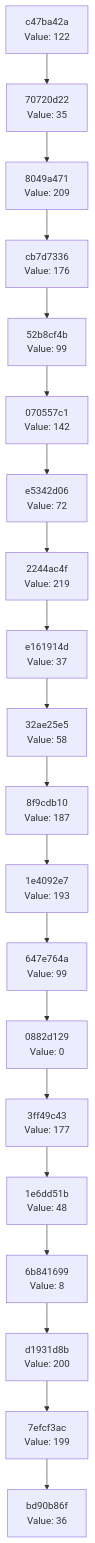
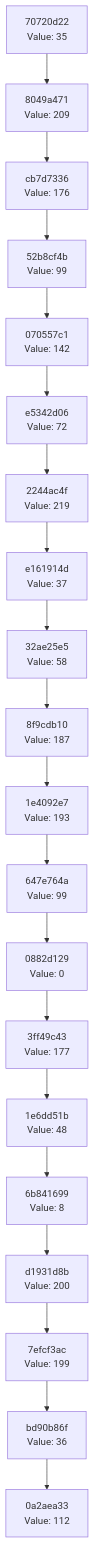
The diagram in docs/CHAIN_VISUALIZATION.md (Abhisheksinha1506/hash-chain-evolver), drawn with Mermaid before and after one commit. The commit also changed 3 other files, not shown here.

````diff
--- a/docs/CHAIN_VISUALIZATION.md
+++ b/docs/CHAIN_VISUALIZATION.md
@@ -3,42 +3,42 @@
 ```mermaid
 graph TD
-    C0["bd90b86f<br/>Value: 36"]
-    C1["7efcf3ac<br/>Value: 199"]
+    C0["0a2aea33<br/>Value: 112"]
+    C1["bd90b86f<br/>Value: 36"]
     C1 --> C0
-    C2["d1931d8b<br/>Value: 200"]
+    C2["7efcf3ac<br/>Value: 199"]
     C2 --> C1
-    C3["6b841699<br/>Value: 8"]
+    C3["d1931d8b<br/>Value: 200"]
     C3 --> C2
-    C4["1e6dd51b<br/>Value: 48"]
+    C4["6b841699<br/>Value: 8"]
     C4 --> C3
-    C5["3ff49c43<br/>Value: 177"]
+    C5["1e6dd51b<br/>Value: 48"]
     C5 --> C4
-    C6["0882d129<br/>Value: 0"]
+    C6["3ff49c43<br/>Value: 177"]
     C6 --> C5
-    C7["647e764a<br/>Value: 99"]
+    C7["0882d129<br/>Value: 0"]
     C7 --> C6
-    C8["1e4092e7<br/>Value: 193"]
+    C8["647e764a<br/>Value: 99"]
     C8 --> C7
-    C9["8f9cdb10<br/>Value: 187"]
+    C9["1e4092e7<br/>Value: 193"]
     C9 --> C8
-    C10["32ae25e5<br/>Value: 58"]
+    C10["8f9cdb10<br/>Value: 187"]
     C10 --> C9
-    C11["e161914d<br/>Value: 37"]
+    C11["32ae25e5<br/>Value: 58"]
     C11 --> C10
-    C12["2244ac4f<br/>Value: 219"]
+    C12["e161914d<br/>Value: 37"]
     C12 --> C11
-    C13["e5342d06<br/>Value: 72"]
+    C13["2244ac4f<br/>Value: 219"]
     C13 --> C12
-    C14["070557c1<br/>Value: 142"]
+    C14["e5342d06<br/>Value: 72"]
     C14 --> C13
-    C15["52b8cf4b<br/>Value: 99"]
+    C15["070557c1<br/>Value: 142"]
     C15 --> C14
-    C16["cb7d7336<br/>Value: 176"]
+    C16["52b8cf4b<br/>Value: 99"]
     C16 --> C15
-    C17["8049a471<br/>Value: 209"]
+    C17["cb7d7336<br/>Value: 176"]
     C17 --> C16
-    C18["70720d22<br/>Value: 35"]
+    C18["8049a471<br/>Value: 209"]
     C18 --> C17
-    C19["c47ba42a<br/>Value: 122"]
+    C19["70720d22<br/>Value: 35"]
     C19 --> C18
 ```
````
